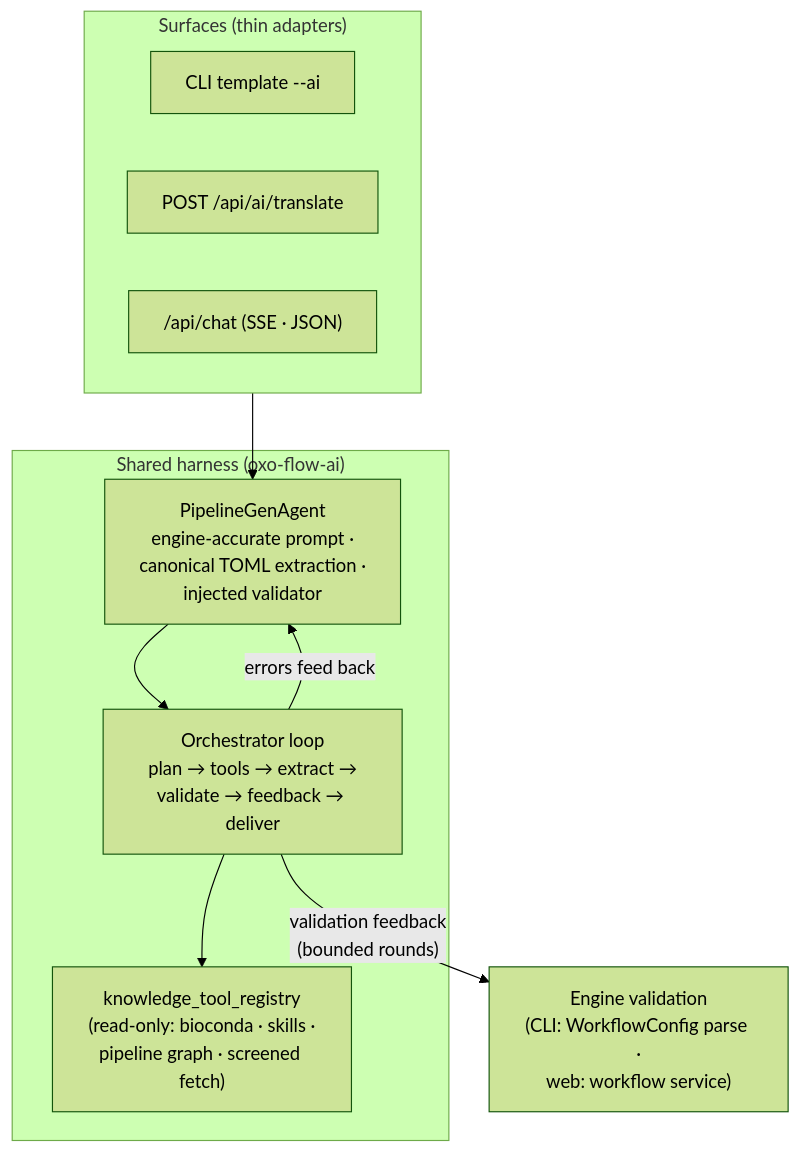
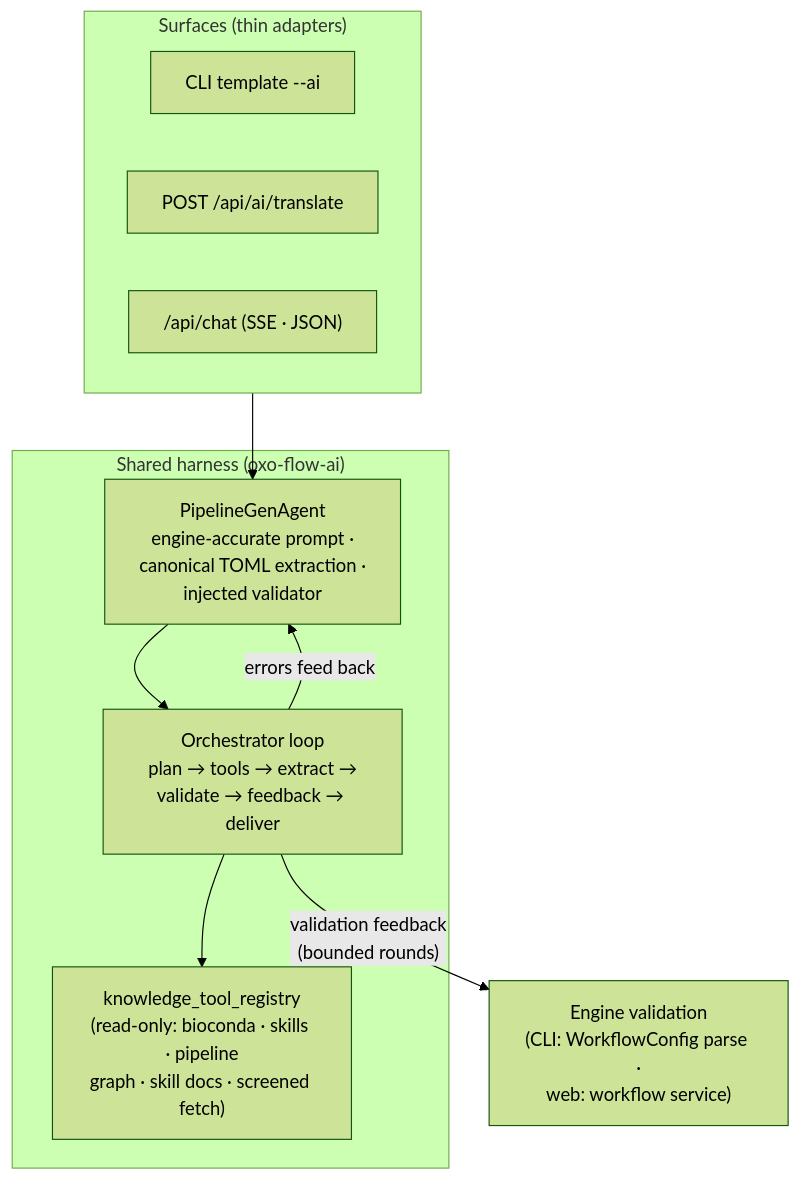
One commit to Traitome/oxo-flow changed diagram 12 of 12 in docs/guide/src/reference/architecture.md. Above: the diagram before and after it, drawn with Mermaid (forest theme). The commit also changed 11 other files, not shown here.

First line of the commit message:
feat(ai): lookup_doc tool — serve embedded SKILL.md docs on demand (#982 P3-11) (#988)

````diff
--- a/docs/guide/src/reference/architecture.md
+++ b/docs/guide/src/reference/architecture.md
@@ -565,22 +565,22 @@
 ```mermaid
 flowchart TB
     subgraph surfaces["Surfaces (thin adapters)"]
         cli["CLI template --ai"]
         tr["POST /api/ai/translate"]
         chat["/api/chat (SSE · JSON)"]
     end
 
     subgraph harness["Shared harness (oxo-flow-ai)"]
         agent["PipelineGenAgent<br/>engine-accurate prompt ·<br/>canonical TOML extraction ·<br/>injected validator"]
         loop["Orchestrator loop<br/>plan → tools → extract →<br/>validate → feedback → deliver"]
-        kt["knowledge_tool_registry<br/>(read-only: bioconda · skills ·<br/>pipeline graph · screened fetch)"]
+        kt["knowledge_tool_registry<br/>(read-only: bioconda · skills · pipeline<br/>graph · skill docs · screened fetch)"]
     end
 
     gates["Engine validation<br/>(CLI: WorkflowConfig parse ·<br/>web: workflow service)"]
 
     surfaces --> agent
     agent --> loop
     loop --> kt
     loop -- "validation feedback<br/>(bounded rounds)" --> gates
     loop -- "errors feed back" --> agent
 ```
````
